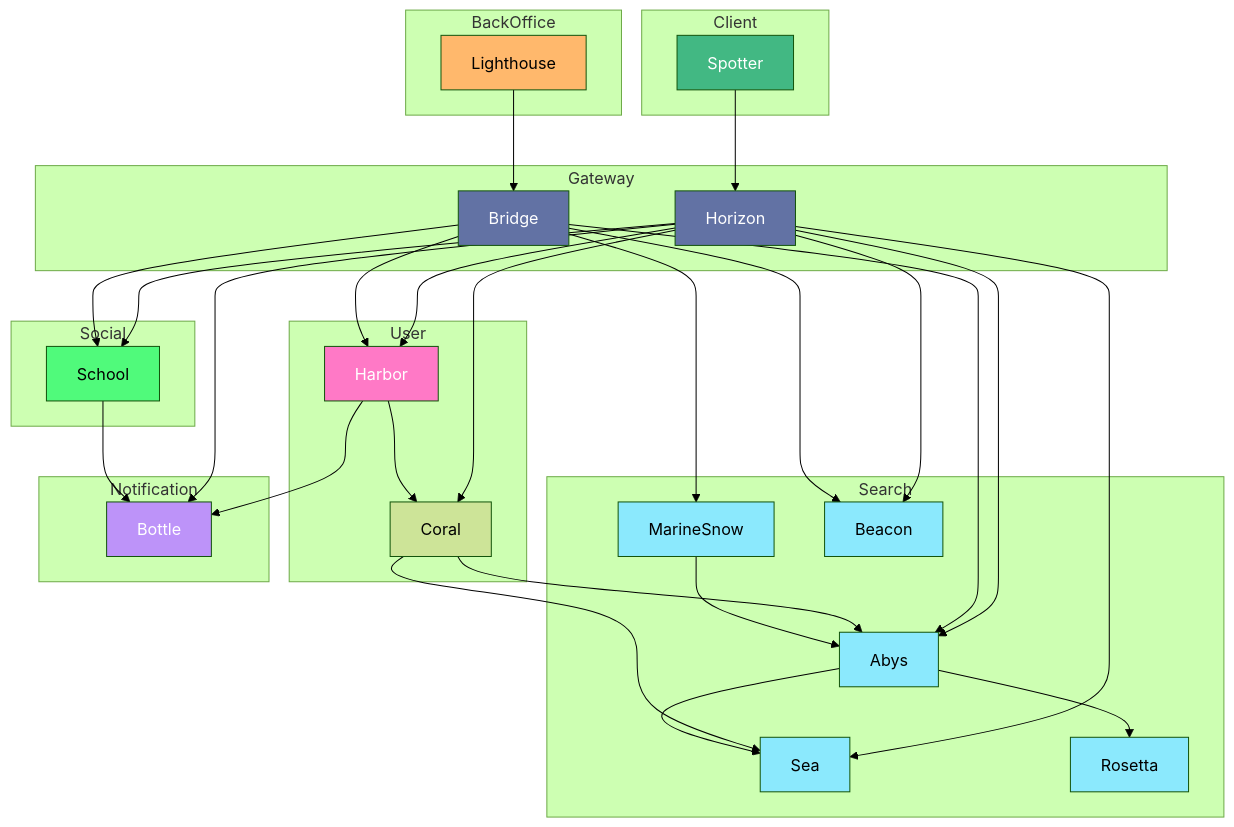
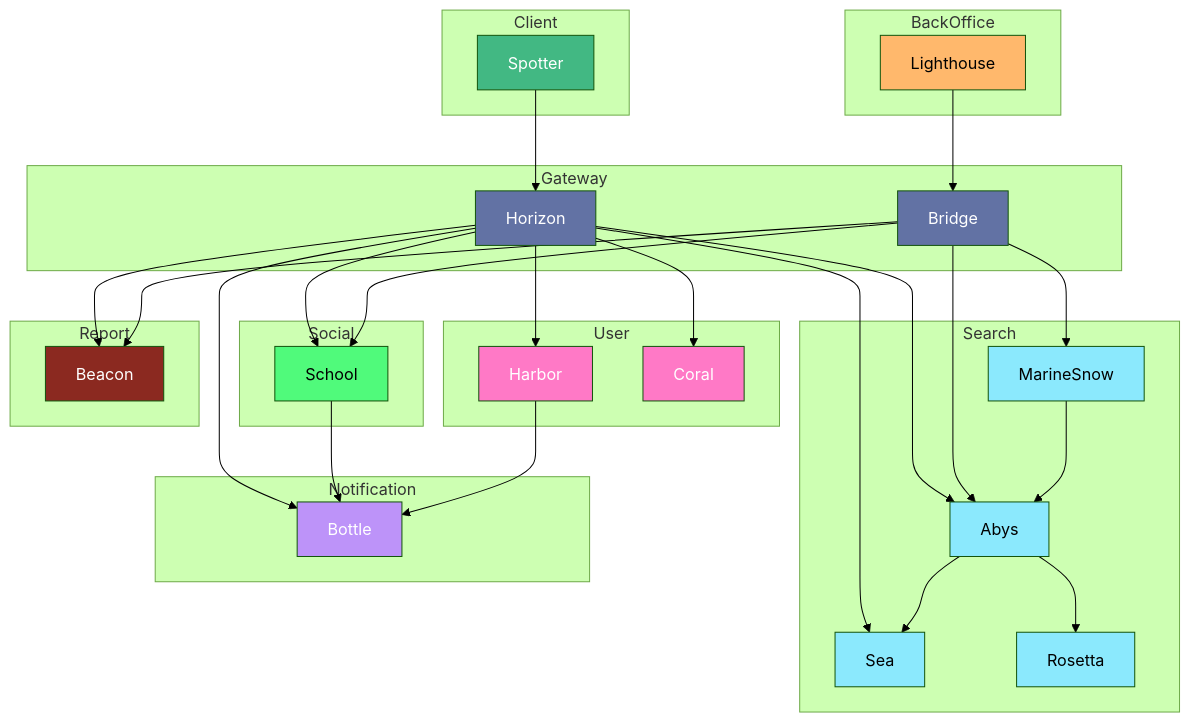
Before and after one commit to mathcovax/seaence: the diagram in README.md, drawn with Mermaid (forest theme). The commit also changed other lines of this file and 15 other files, not shown here.

Commit message:
doc(100): add schema infra

````diff
--- a/README.md
+++ b/README.md
@@ -117,7 +105,6 @@
         Abys[Abys]
         Rosetta[Rosetta]
         MarineSnow[MarineSnow]
-		Beacon[Beacon]
     end
 
     subgraph Social
@@ -132,6 +119,10 @@
         Bottle[Bottle]
     end
 
+	subgraph Report
+		Beacon[Beacon]
+	end
+
     %% Connexions Client
     Spotter --> Horizon
     Lighthouse --> Bridge
@@ -144,16 +135,12 @@
     Horizon --> Bottle
 	Horizon --> Coral
 	Horizon --> Beacon
-    
-    Bridge --> Harbor
+
     Bridge --> MarineSnow
     Bridge --> Abys
     Bridge --> School
 	Bridge --> Beacon
 
-    %% Connexions Search
-	Coral --> Sea
-	Coral --> Abys
     MarineSnow --> Abys
     Abys --> Sea
     Abys --> Rosetta
@@ -161,9 +148,6 @@
     %% Connexions Notification
     School --> Bottle
     Harbor --> Bottle
-
-	%% Connexions User
-	Harbor --> Coral
 	
     %% Styles
     classDef frontend fill:#42b883,color:white
@@ -173,13 +157,15 @@
     classDef social fill:#50fa7b,color:black
     classDef bo fill:#ffb86c,color:black
     classDef notification fill:#bd93f9,color:white
+	classDef report fill:#8B2920,color:white
 
     %% Application des styles
     class Spotter frontend
     class Horizon,Bridge gateway
-    class Harbor auth
+    class Harbor,Coral auth
     class Sea,Abys,MarineSnow,Rosetta,Beacon search
     class School social
     class Lighthouse bo
     class Bottle notification
+	class Beacon report
 ```
````
